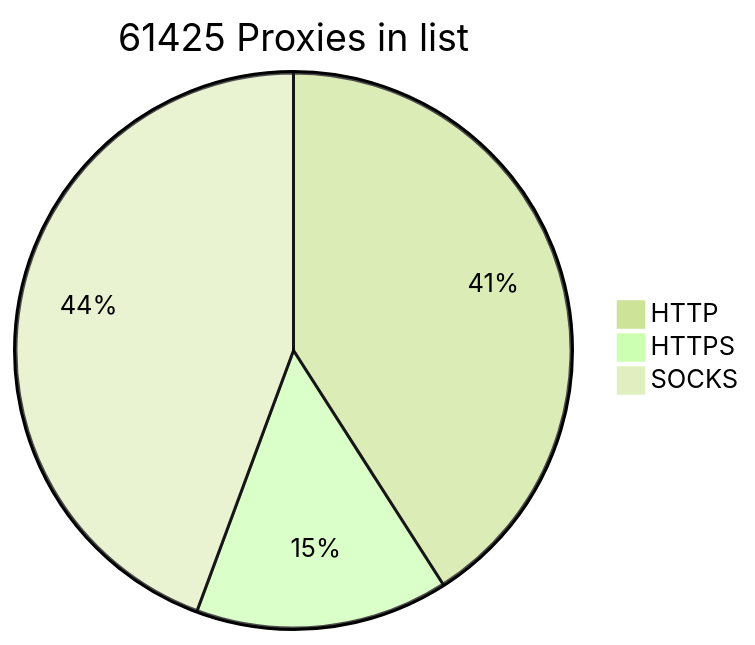
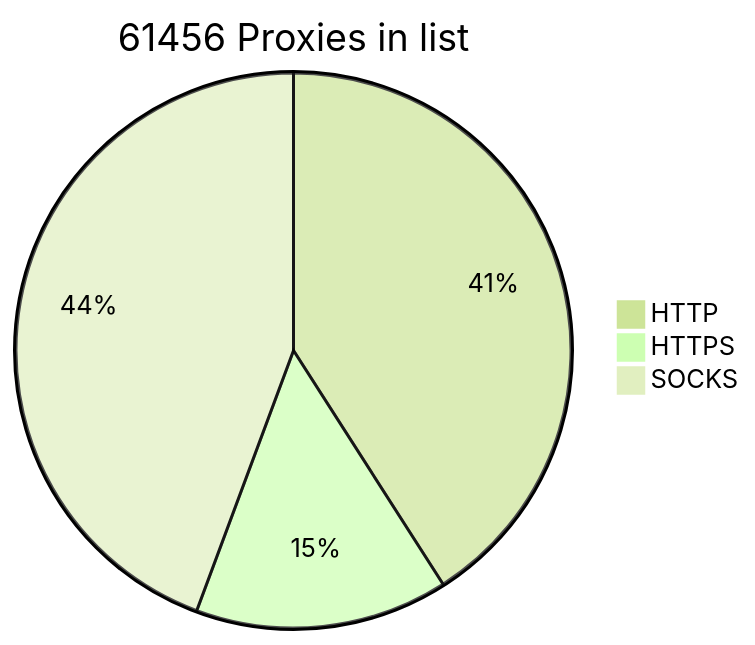
One commit to BlackSnowDot/proxylist-update-every-minute changed the diagram in README.md. Above: the diagram before and after it, drawn with Mermaid (forest theme).

````diff
--- a/README.md
+++ b/README.md
@@ -2,6 +2,6 @@
 ```mermaid
-pie title 61425 Proxies in list
-    "HTTP" : 28525
-    "HTTPS": 10243
+pie title 61456 Proxies in list
+    "HTTP" : 28535
+    "HTTPS": 10266
     "SOCKS" : 30900
 ```
````
